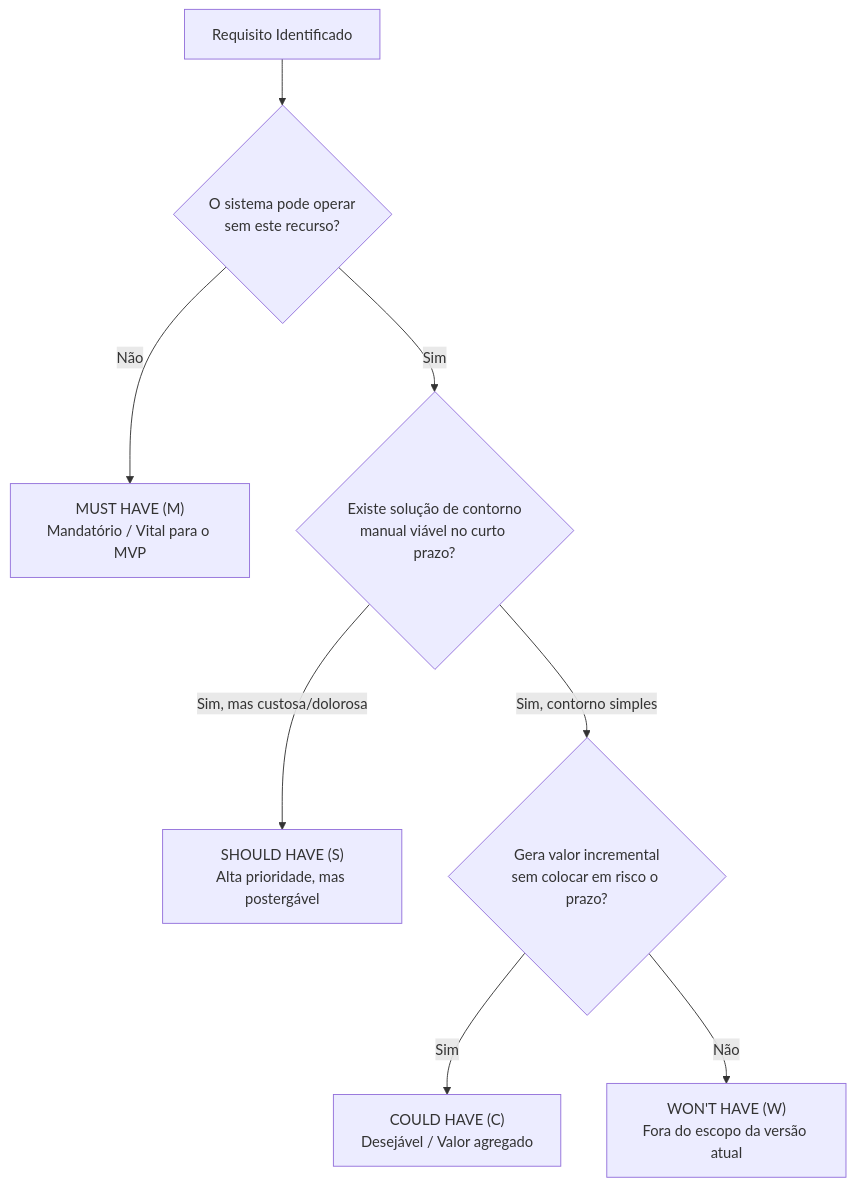
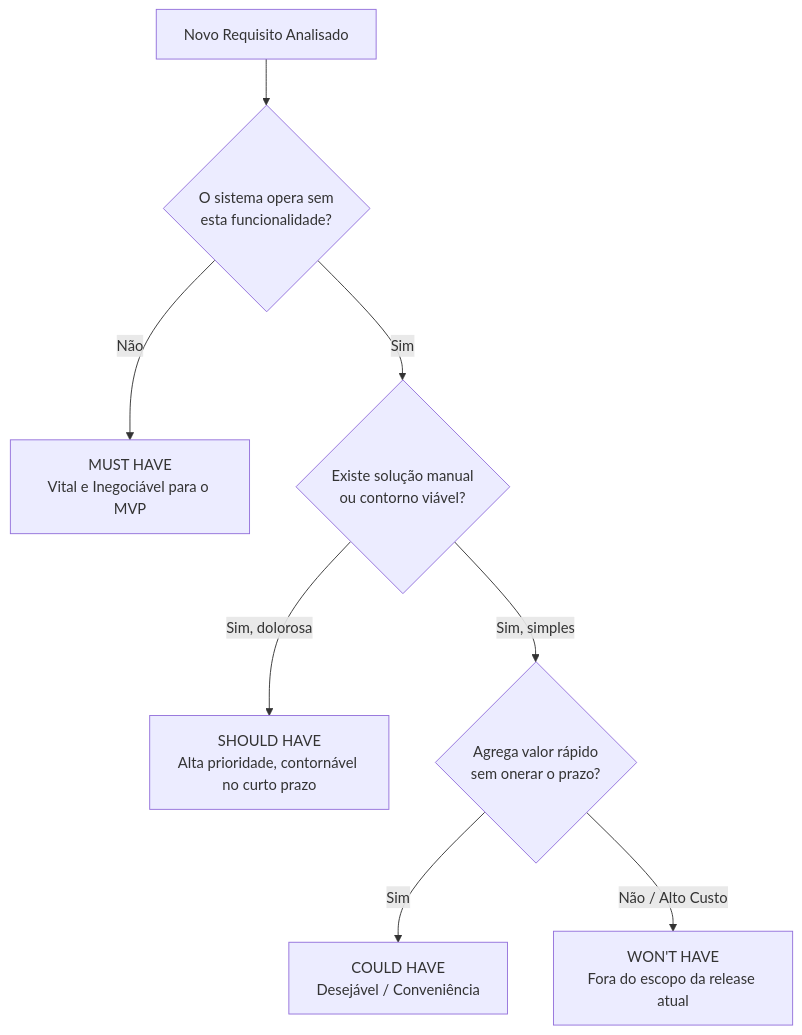
One commit to murilolol/unifef changed the ninth of 25 diagrams in 4º Semestre/[Prof. Wesley Soares] Engenharia de Software II/Resumos-IA/Caderno-Consolidado.md. Above: the diagram before and after it, drawn with Mermaid. The commit also changed other lines of this file and 18 other files, not shown here.

````diff
--- a/4º Semestre/[Prof. Wesley Soares] Engenharia de Software II/Resumos-IA/Caderno-Consolidado.md
+++ b/4º Semestre/[Prof. Wesley Soares] Engenharia de Software II/Resumos-IA/Caderno-Consolidado.md
@@ -380,10 +506,10 @@
 ```mermaid
 flowchart TD
-    Req["Requisito Identificado"] --> Teste1{"O sistema pode operar<br/>sem este recurso?"}
-    Teste1 -- Não --> M["MUST HAVE (M)<br/>Mandatório / Vital para o MVP"]
-    Teste1 -- Sim --> Teste2{"Existe solução de contorno<br/>manual viável no curto prazo?"}
-    Teste2 -- "Sim, mas custosa/dolorosa" --> S["SHOULD HAVE (S)<br/>Alta prioridade, mas postergável"]
-    Teste2 -- "Sim, contorno simples" --> Teste3{"Gera valor incremental<br/>sem colocar em risco o prazo?"}
-    Teste3 -- Sim --> C["COULD HAVE (C)<br/>Desejável / Valor agregado"]
-    Teste3 -- Não --> W["WON'T HAVE (W)<br/>Fora do escopo da versão atual"]
+    Req["Novo Requisito Analisado"] --> M1{O sistema opera sem<br/>esta funcionalidade?}
+    M1 -- Não --> M["MUST HAVE<br/>Vital e Inegociável para o MVP"]
+    M1 -- Sim --> S1{Existe solução manual<br/>ou contorno viável?}
+    S1 -- Sim, dolorosa --> S["SHOULD HAVE<br/>Alta prioridade, contornável no curto prazo"]
+    S1 -- Sim, simples --> C1{Agrega valor rápido<br/>sem onerar o prazo?}
+    C1 -- Sim --> C["COULD HAVE<br/>Desejável / Conveniência"]
+    C1 -- Não / Alto Custo --> W["WON'T HAVE<br/>Fora do escopo da release atual"]
 ```
````
